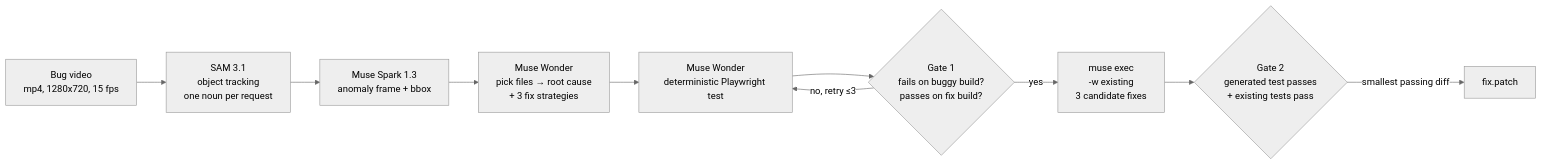
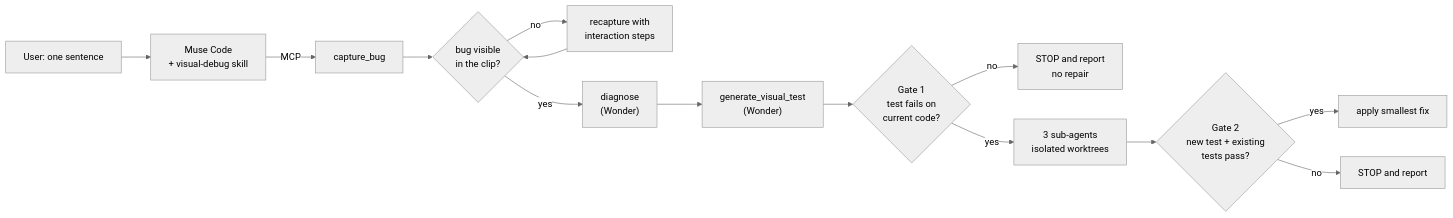
One commit to yashvantatk/visiopatch changed the diagram in README.md. Above: the diagram before and after it, drawn with Mermaid (neutral theme). The commit also changed other lines of this file, not shown here.

Commit message:
docs: README for judges, live Muse Code demo, Meta products, agentic design

````diff
--- a/README.md
+++ b/README.md
@@ -22,12 +84,15 @@
 ```mermaid
 flowchart LR
-    V[Bug video<br/>mp4, 1280x720, 15 fps] --> S[SAM 3.1<br/>object tracking<br/>one noun per request]
-    S --> A[Muse Spark 1.3<br/>anomaly frame + bbox]
-    A --> W[Muse Wonder<br/>pick files → root cause<br/>+ 3 fix strategies]
-    W --> T[Muse Wonder<br/>deterministic Playwright test]
-    T --> G1{Gate 1<br/>fails on buggy build?<br/>passes on fix build?}
-    G1 -- no, retry ≤3 --> T
-    G1 -- yes --> R[muse exec<br/>-w existing<br/>3 candidate fixes]
-    R --> G2{Gate 2<br/>generated test passes<br/>+ existing tests pass}
-    G2 -- smallest passing diff --> P[fix.patch]
+    U["User: one sentence"] --> M["Muse Code<br/>+ visual-debug skill"]
+    M -->|MCP| C[capture_bug]
+    C --> F{bug visible<br/>in the clip?}
+    F -- no --> C2["recapture with<br/>interaction steps"] --> F
+    F -- yes --> D["diagnose<br/>(Wonder)"]
+    D --> T["generate_visual_test<br/>(Wonder)"]
+    T --> G1{"Gate 1<br/>test fails on<br/>current code?"}
+    G1 -- no --> S1["STOP and report<br/>no repair"]
+    G1 -- yes --> R["3 sub-agents<br/>isolated worktrees"]
+    R --> G2{"Gate 2<br/>new test + existing<br/>tests pass?"}
+    G2 -- yes --> P["apply smallest fix"]
+    G2 -- no --> S2["STOP and report"]
 ```
````
